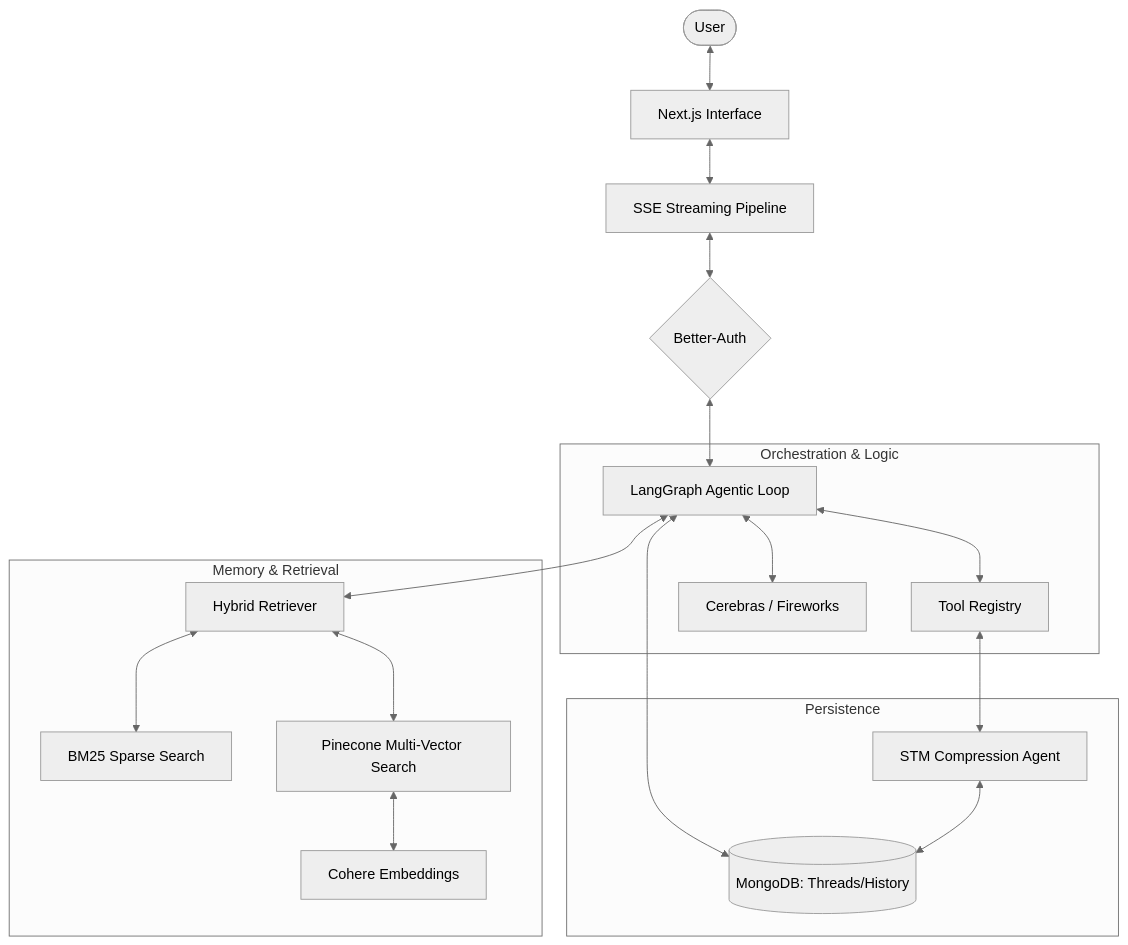
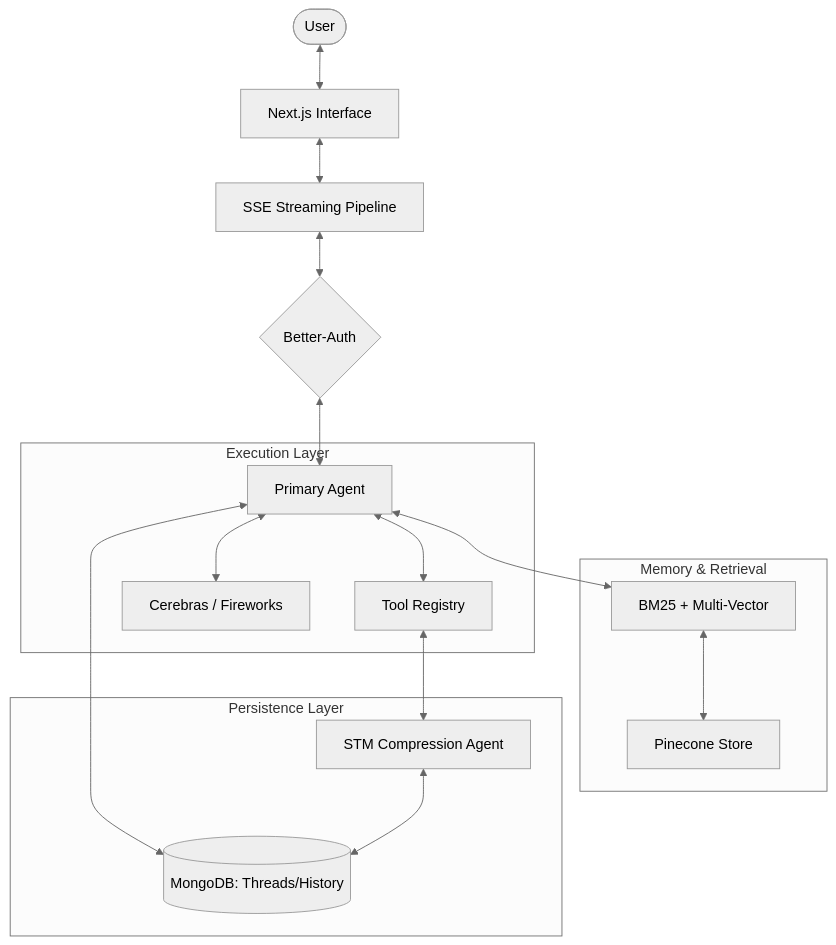
The diagram in documentation.md (mustafamubashir03/Lunex-ai), drawn with Mermaid (neutral theme) before and after one commit. The commit also changed other lines of this file, not shown here.

Commit message:
Added BM25 retrieval, multi vector embeddings and retrieval pipeline

````diff
--- a/documentation.md
+++ b/documentation.md
@@ -11,25 +22,23 @@
 ```mermaid
 graph TD
     User([User]) <--> UI[Next.js Interface]
     UI <--> SSE[SSE Streaming Pipeline]
     SSE <--> Auth{Better-Auth}
-    Auth <--> Agent[LangGraph Agentic Loop]
+    Auth <--> Agent[Primary Agent]
     
-    subgraph "Orchestration & Logic"
+    subgraph "Execution Layer"
         Agent <--> Tools[Tool Registry]
         Agent <--> LLM[Cerebras / Fireworks]
     end
     
     subgraph "Memory & Retrieval"
-        Agent <--> HybridR[Hybrid Retriever]
-        HybridR <--> BM25[BM25 Sparse Search]
-        HybridR <--> Pinecone[Pinecone Multi-Vector Search]
-        Pinecone <--> Cohere[Cohere Embeddings]
+        Agent <--> HybridR[BM25 + Multi-Vector]
+        HybridR <--> Pinecone[Pinecone Store]
     end
     
-    subgraph "Persistence"
+    subgraph "Persistence Layer"
         Agent <--> Mongo[(MongoDB: Threads/History)]
         Tools <--> Comp[STM Compression Agent]
         Comp <--> Mongo
     end
 ```
````
